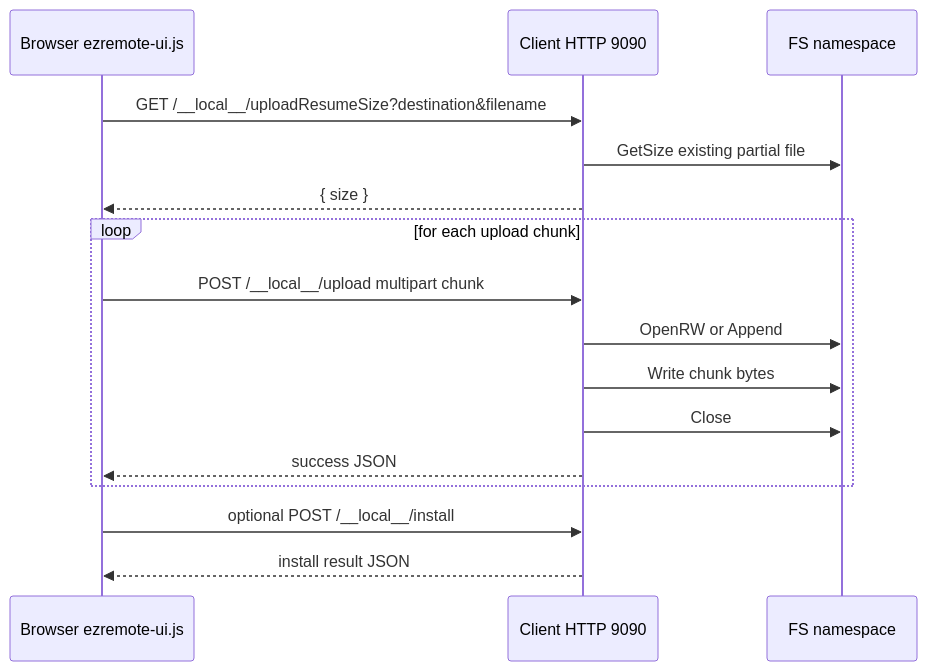
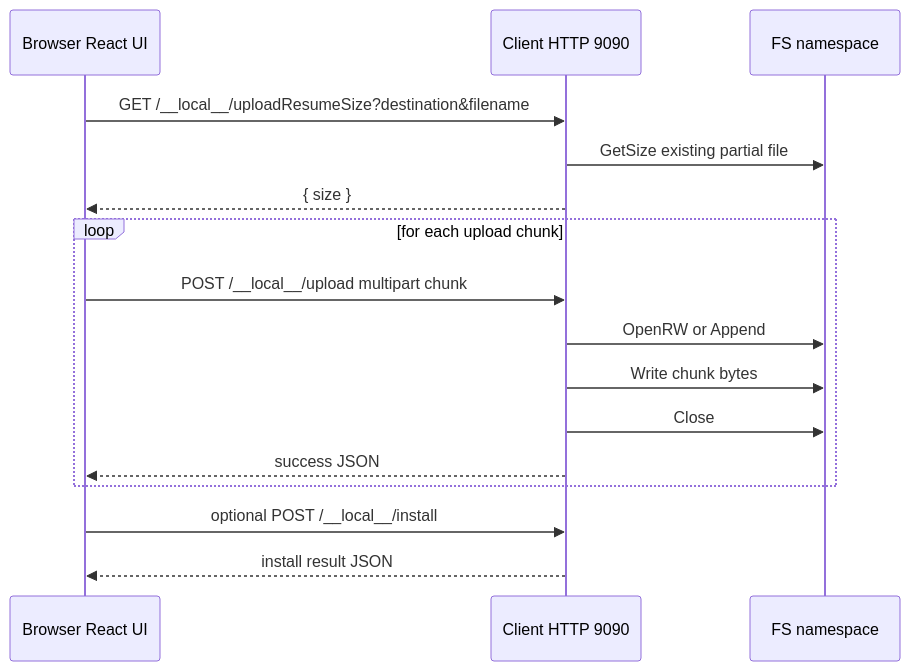
One commit to t-tx/ps5-ezremote-client changed diagram 13 of 32 in DIAGRAMS.md. Above: the diagram before and after it, drawn with Mermaid. The commit also changed other lines of this file and 138 other files, not shown here.

````diff
--- a/DIAGRAMS.md
+++ b/DIAGRAMS.md
@@ -344,21 +344,21 @@
 ```mermaid
 sequenceDiagram
-    participant Browser as Browser ezremote-ui.js
+    participant Browser as Browser React UI
     participant ClientHttp as Client HTTP 9090
     participant FS as FS namespace
 
     Browser->>ClientHttp: GET /__local__/uploadResumeSize?destination&filename
     ClientHttp->>FS: GetSize existing partial file
     ClientHttp-->>Browser: { size }
 
     loop for each upload chunk
         Browser->>ClientHttp: POST /__local__/upload multipart chunk
         ClientHttp->>FS: OpenRW or Append
         ClientHttp->>FS: Write chunk bytes
         ClientHttp->>FS: Close
         ClientHttp-->>Browser: success JSON
     end
 
     Browser->>ClientHttp: optional POST /__local__/install
     ClientHttp-->>Browser: install result JSON
 ```
````
